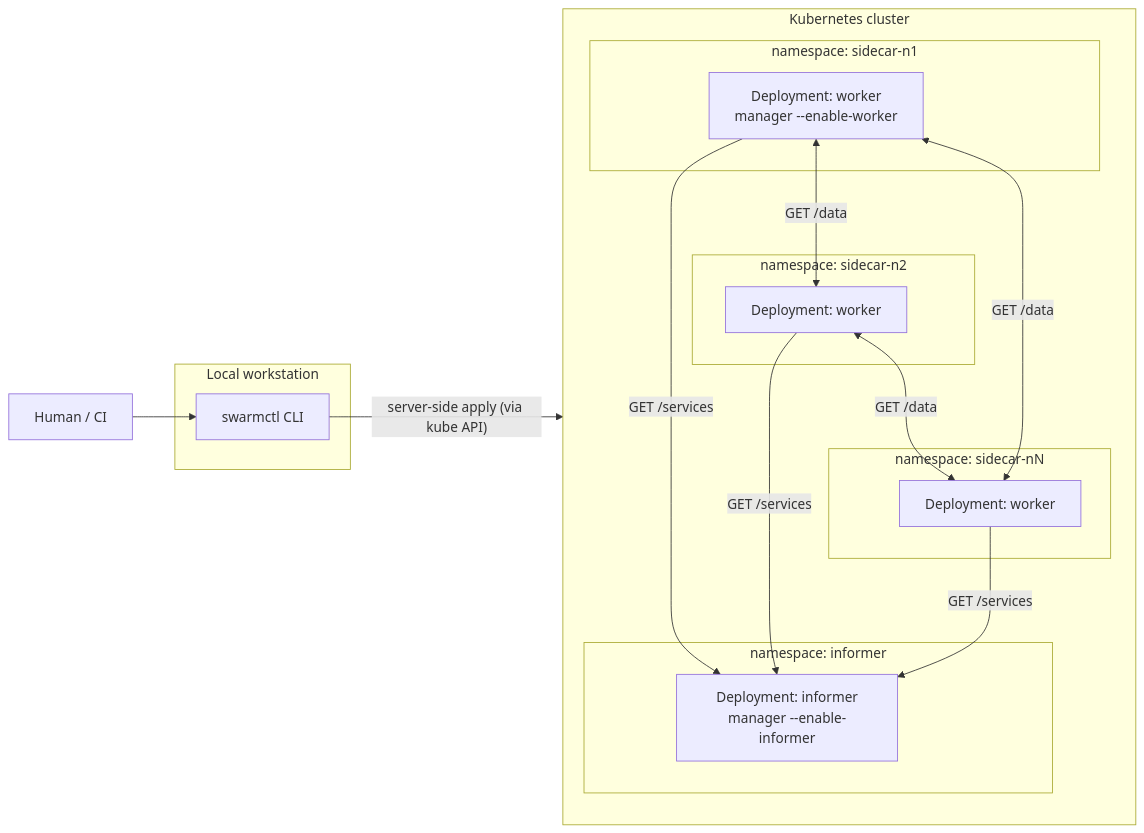
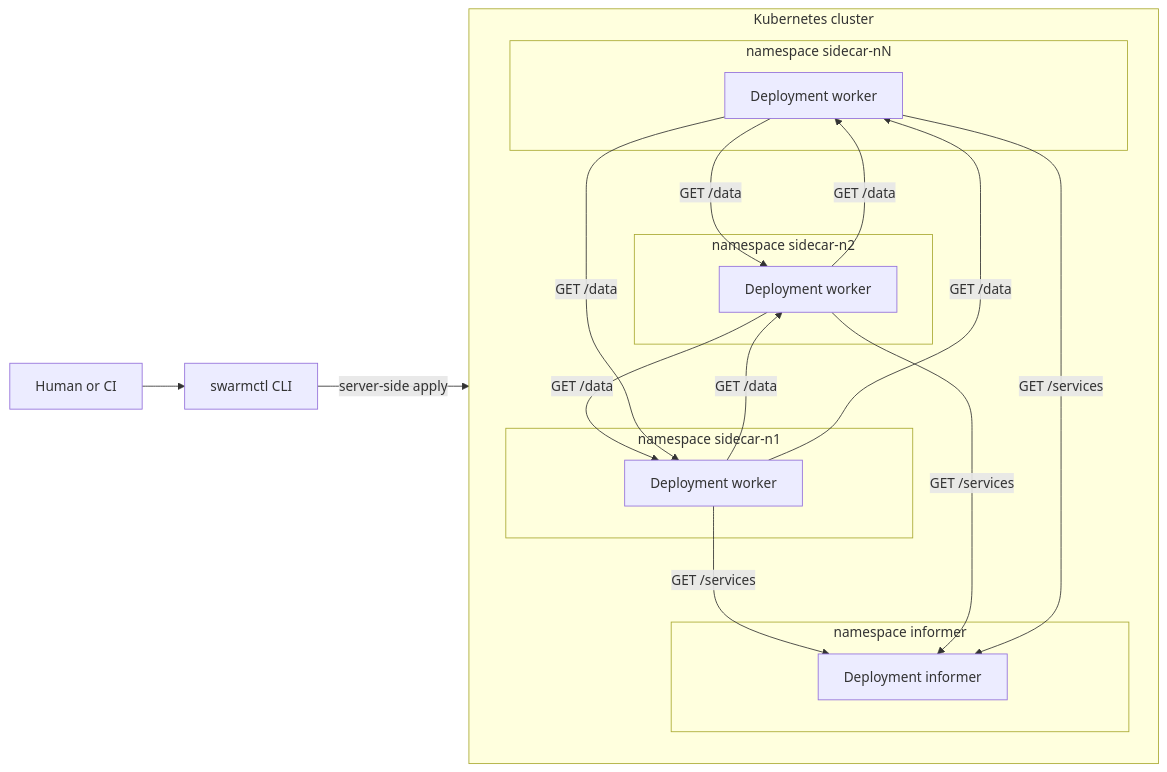
Before and after one commit to h0tbird/k-swarm: the first of 6 diagrams in docs/architecture.md, drawn with Mermaid. The commit also changed other lines of this file, not shown here.

Commit message:
Fix diagrams

````diff
--- a/docs/architecture.md
+++ b/docs/architecture.md
@@ -38,34 +38,35 @@
 ```mermaid
 flowchart LR
-    Operator["Human / CI"]
-    subgraph Local["Local workstation"]
-        SC["swarmctl CLI"]
-    end
+    Operator[Human or CI]
+    SC[swarmctl CLI]
 
-    subgraph Cluster["Kubernetes cluster"]
+    subgraph Cluster[Kubernetes cluster]
         direction TB
-        subgraph NSInformer["namespace: informer"]
-            Inf["Deployment: informer<br/>manager --enable-informer"]
+        subgraph NSInformer[namespace informer]
+            Inf[Deployment informer]
         end
-        subgraph NSWorker1["namespace: sidecar-n1"]
-            W1["Deployment: worker<br/>manager --enable-worker"]
+        subgraph NSWorker1[namespace sidecar-n1]
+            W1[Deployment worker]
         end
-        subgraph NSWorker2["namespace: sidecar-n2"]
-            W2["Deployment: worker"]
+        subgraph NSWorker2[namespace sidecar-n2]
+            W2[Deployment worker]
         end
-        subgraph NSWorkerN["namespace: sidecar-nN"]
-            WN["Deployment: worker"]
+        subgraph NSWorkerN[namespace sidecar-nN]
+            WN[Deployment worker]
         end
     end
 
     Operator --> SC
-    SC -- "server-side apply (via kube API)" --> Cluster
+    SC -->|server-side apply| Cluster
 
-    W1 -- "GET /services" --> Inf
-    W2 -- "GET /services" --> Inf
-    WN -- "GET /services" --> Inf
+    W1 -->|GET /services| Inf
+    W2 -->|GET /services| Inf
+    WN -->|GET /services| Inf
 
-    W1 <-- "GET /data" --> W2
-    W2 <-- "GET /data" --> WN
-    W1 <-- "GET /data" --> WN
+    W1 -->|GET /data| W2
+    W2 -->|GET /data| W1
+    W2 -->|GET /data| WN
+    WN -->|GET /data| W2
+    W1 -->|GET /data| WN
+    WN -->|GET /data| W1
 ```
````
